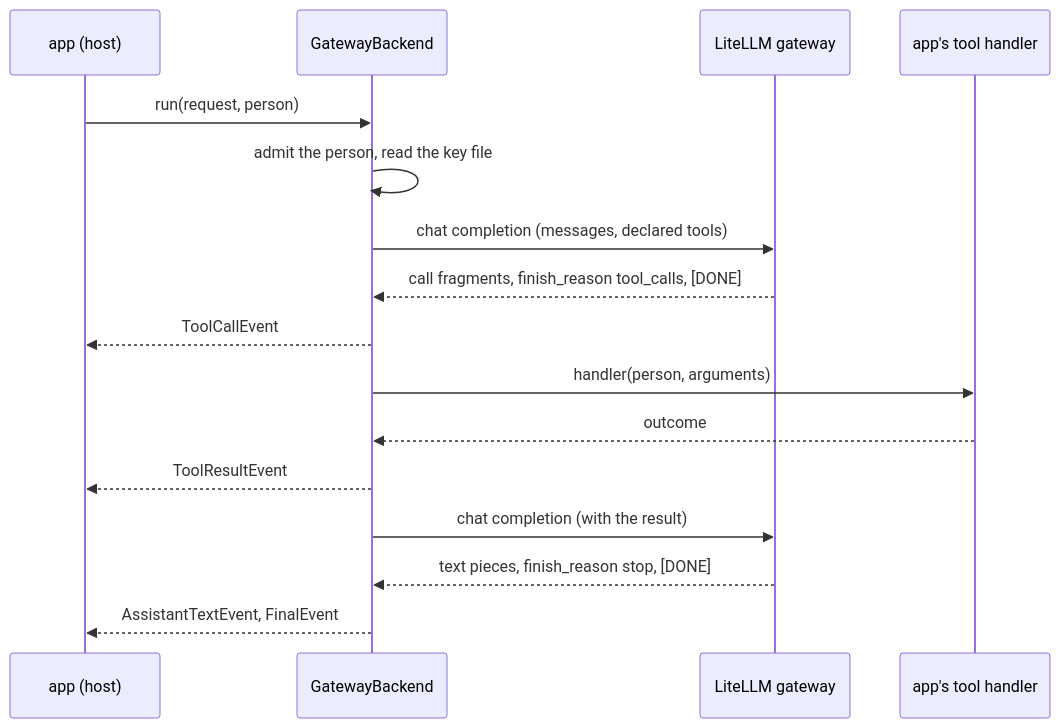
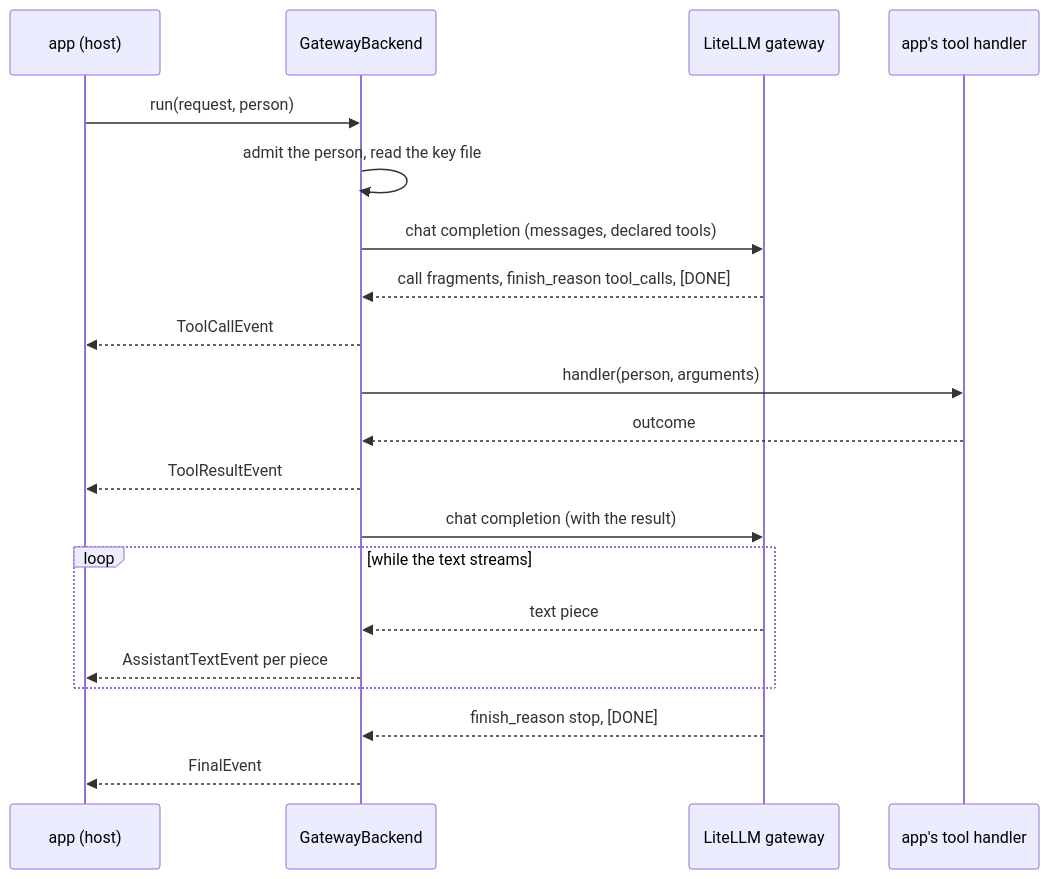
One commit to overnightworks/agent-runtime changed the second of 2 diagrams in docs/ARCHITECTURE.md. Above: the diagram before and after it, drawn with Mermaid. The commit also changed other lines of this file and 11 other files, not shown here.

First line of the commit message:
Show each text piece as the gateway streams it, and release 0.28.0 (#811)

````diff
--- a/docs/ARCHITECTURE.md
+++ b/docs/ARCHITECTURE.md
@@ -69,18 +69,22 @@
 ```mermaid
 sequenceDiagram
     participant App as app (host)
     participant GB as GatewayBackend
     participant GW as LiteLLM gateway
     participant H as app's tool handler
     App->>GB: run(request, person)
     GB->>GB: admit the person, read the key file
     GB->>GW: chat completion (messages, declared tools)
     GW-->>GB: call fragments, finish_reason tool_calls, [DONE]
     GB-->>App: ToolCallEvent
     GB->>H: handler(person, arguments)
     H-->>GB: outcome
     GB-->>App: ToolResultEvent
     GB->>GW: chat completion (with the result)
-    GW-->>GB: text pieces, finish_reason stop, [DONE]
-    GB-->>App: AssistantTextEvent, FinalEvent
+    loop while the text streams
+        GW-->>GB: text piece
+        GB-->>App: AssistantTextEvent per piece
+    end
+    GW-->>GB: finish_reason stop, [DONE]
+    GB-->>App: FinalEvent
 ```
````
